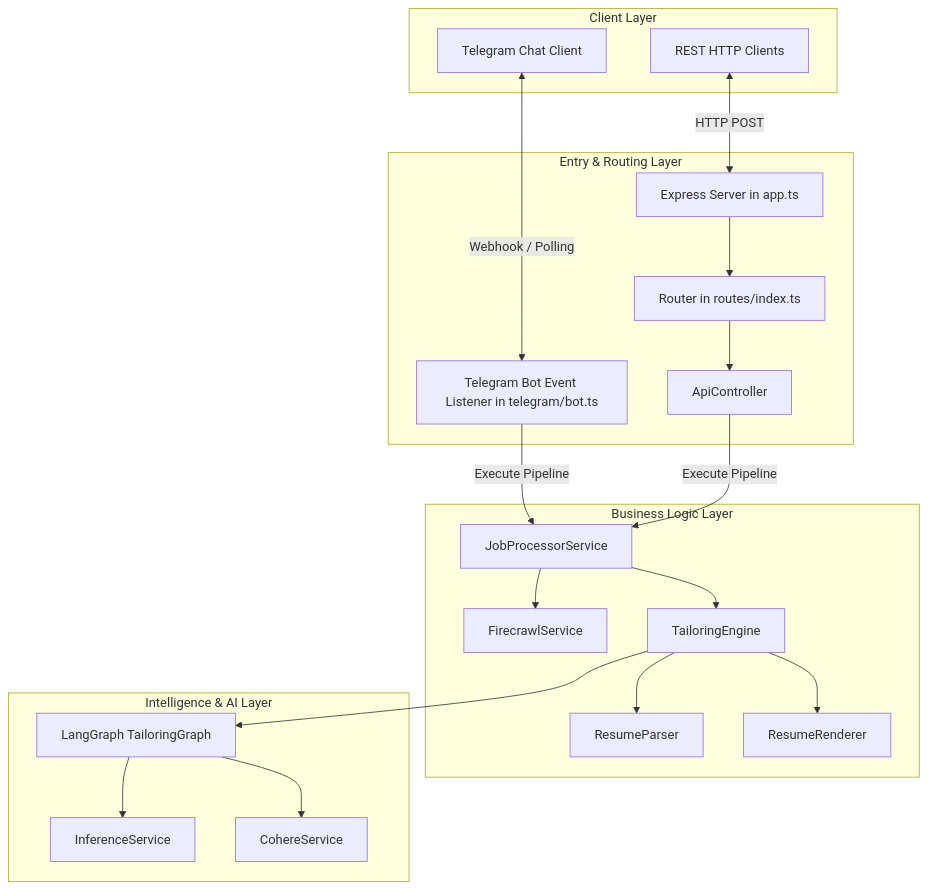
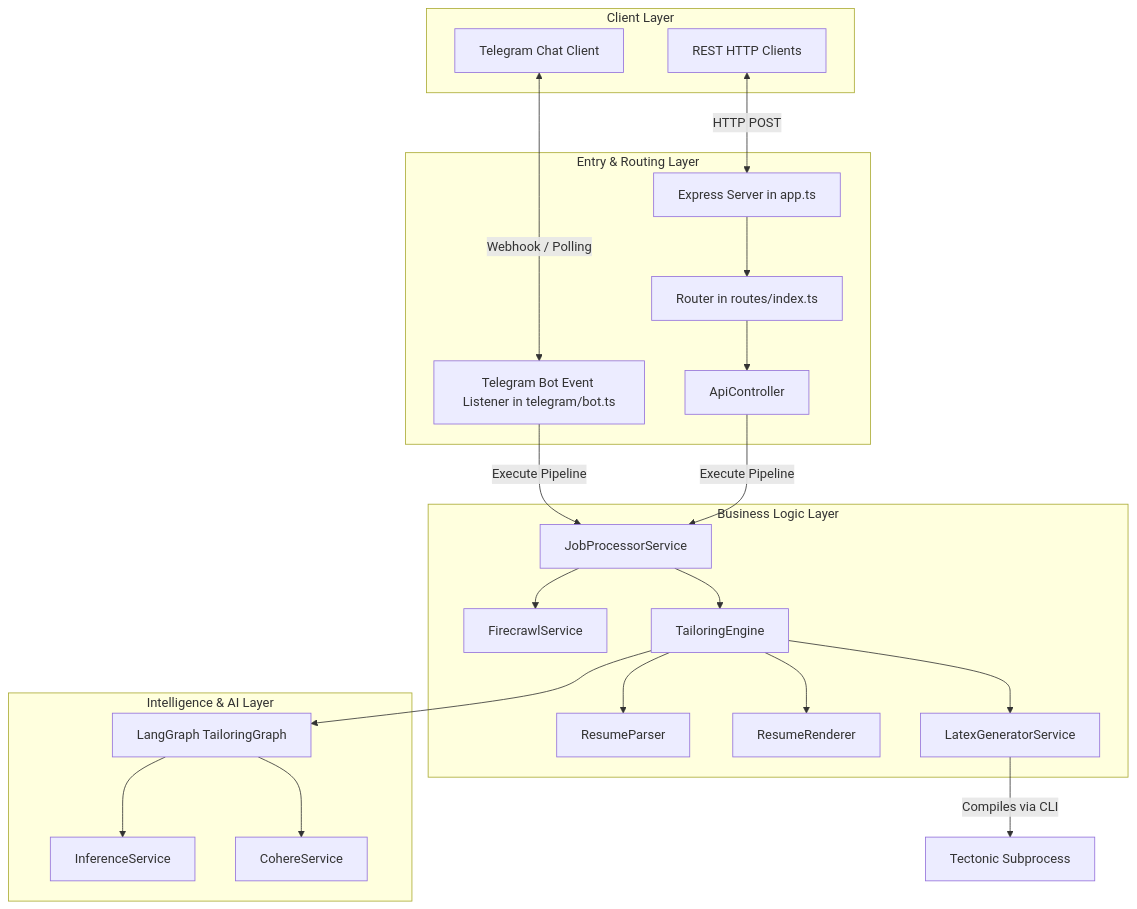
One commit to satyyam01/job-bot changed the first of 2 diagrams in docs/ARCHITECTURE_MAP.md. Above: the diagram before and after it, drawn with Mermaid. The commit also changed other lines of this file and 19 other files, not shown here.

````diff
--- a/docs/ARCHITECTURE_MAP.md
+++ b/docs/ARCHITECTURE_MAP.md
@@ -49,45 +51,48 @@
 ```mermaid
 graph TD
     subgraph Client Layer
         TelegramClient[Telegram Chat Client]
         HTTPClient[REST HTTP Clients]
     end
 
     subgraph Entry & Routing Layer
         Express[Express Server in app.ts]
         Router[Router in routes/index.ts]
         BotListener[Telegram Bot Event Listener in telegram/bot.ts]
         ApiController[ApiController]
     end
 
     subgraph Business Logic Layer
         JobProcessor[JobProcessorService]
         Scraper[FirecrawlService]
         TailoringEngine[TailoringEngine]
         Parser[ResumeParser]
         Renderer[ResumeRenderer]
+        LatexGen[LatexGeneratorService]
     end
 
     subgraph Intelligence & AI Layer
         LangGraph[LangGraph TailoringGraph]
         Inference[InferenceService]
         Cohere[CohereService]
     end
 
     %% Routing bindings
     TelegramClient <-->|Webhook / Polling| BotListener
     HTTPClient <-->|HTTP POST| Express
     Express --> Router
     Router --> ApiController
 
     %% Core flow connections
     BotListener -->|Execute Pipeline| JobProcessor
     ApiController -->|Execute Pipeline| JobProcessor
     JobProcessor --> Scraper
     JobProcessor --> TailoringEngine
     TailoringEngine --> Parser
     TailoringEngine --> LangGraph
     LangGraph --> Inference
     LangGraph --> Cohere
     TailoringEngine --> Renderer
+    TailoringEngine --> LatexGen
+    LatexGen -->|Compiles via CLI| Tectonic[Tectonic Subprocess]
 ```
````
